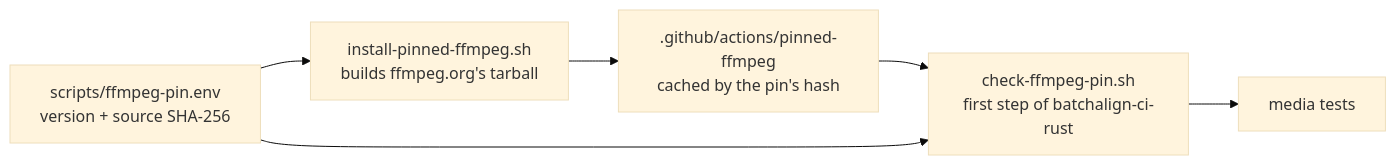
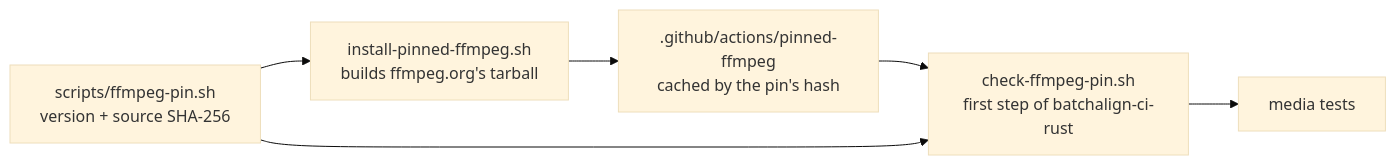
Before and after one commit to FranklinChen/talkbank-tools: the first of 2 diagrams in book/src/batchalign/developer/testing.md, drawn with Mermaid (base theme). The commit also changed other lines of this file and 7 other files, not shown here.

First line of the commit message:
The ffmpeg pin is a checked shell file, so lint-shell can follow it

````diff
--- a/book/src/batchalign/developer/testing.md
+++ b/book/src/batchalign/developer/testing.md
@@ -67,10 +67,10 @@
 ```mermaid
 flowchart LR
-    pin["scripts/ffmpeg-pin.env\nversion + source SHA-256"]
+    pin["scripts/ffmpeg-pin.sh\nversion + source SHA-256"]
     install["install-pinned-ffmpeg.sh\nbuilds ffmpeg.org's tarball"]
     action[".github/actions/pinned-ffmpeg\ncached by the pin's hash"]
     check["check-ffmpeg-pin.sh\nfirst step of batchalign-ci-rust"]
     tests["media tests"]
     pin --> install --> action --> check
     pin --> check --> tests
 ```
````
